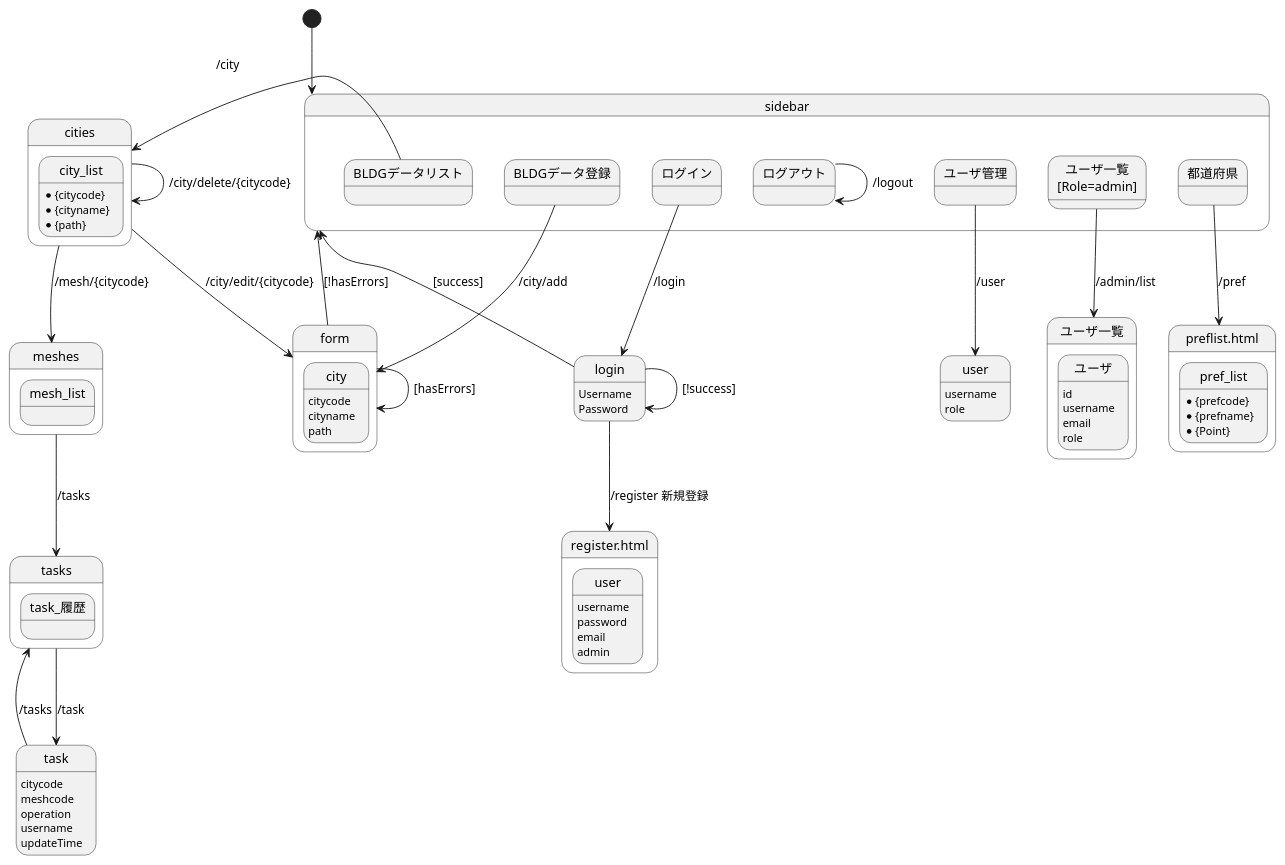
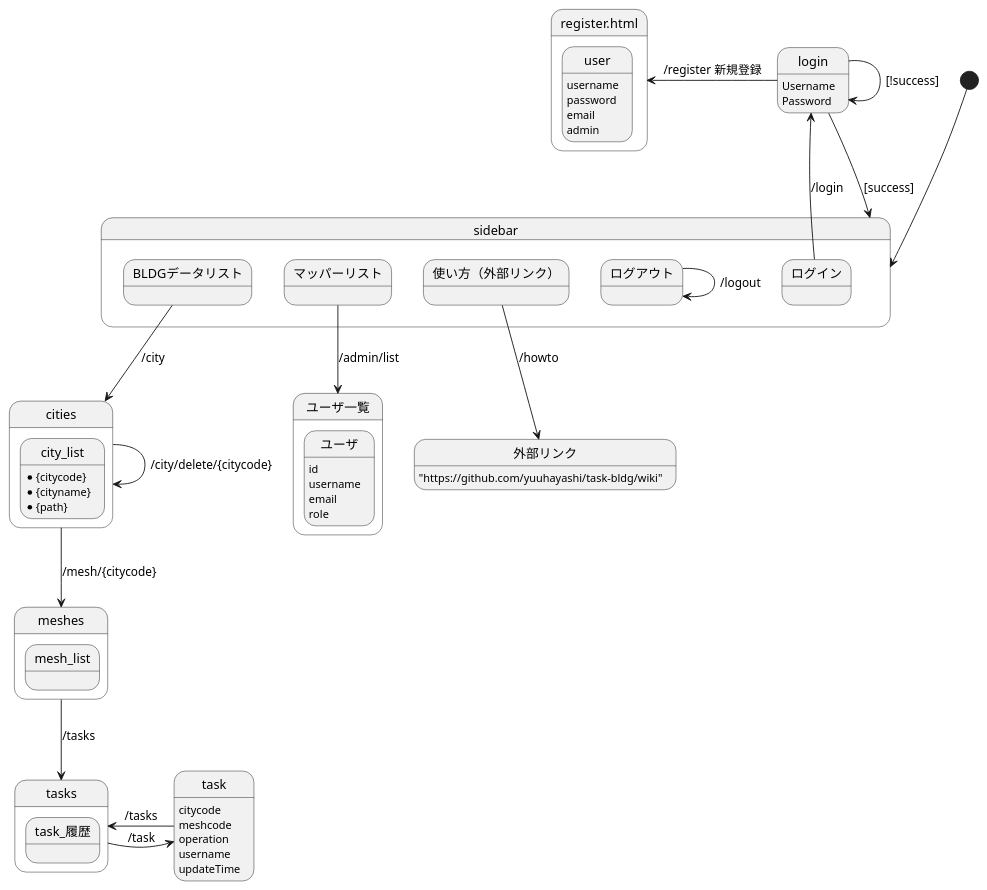
Before and after one commit to yuuhayashi/task-bldg: the diagram in controller.pu, drawn with PlantUML. The commit also changed 2 other files, not shown here.

Commit message:
fix #11 ログインしなくても「使い方」を表示する

```diff
--- a/controller.pu
+++ b/controller.pu
@@ -1,104 +1,81 @@
 @startuml
-
-[*] --> sidebar
-
-state sidebar {
-	state "ユーザ管理" as users
-	state "ユーザ一覧\n[Role=admin]" as list_
-	state "ログイン" as login_
-	state "ログアウト" as logout
-	state "BLDGデータリスト" as indeies
-	state "BLDGデータ登録" as add
-	state "都道府県" as pref
-	logout --> logout : /logout
-}
-indeies --> cities : /city
-
-state "login" as login {
-	login : Username
-	login : Password
-}
 
 state "register.html" as register {
 	state "user" as register_user {
 		register_user : username
 		register_user : password
 		register_user : email
 		register_user : admin
 	}
 }
 
-login_ --> login : /login
-login --> login : [!success]
-sidebar <-- login : [success]
-login --> register : /register 新規登録
+state "login" as login {
+	login : Username
+	login : Password
+}
 
-state user {
-	user : username
-	user : role
+state sidebar {
+	state "ログイン" as login_
+	state "ログアウト" as logout_
+	state "BLDGデータリスト" as indeies_
+	state "マッパーリスト" as list_
+	state "使い方（外部リンク）" as howto_
+	logout_ --> logout_ : /logout
 }
-users --> user : /user
 
 state "ユーザ一覧" as list {
 	state ユーザ {
 		ユーザ : id
 		ユーザ : username
 		ユーザ : email
 		ユーザ : role
 	}
 }
-list_ --> list : /admin/list
 
 state cities {
 	state city_list {
 		city_list : *{citycode}
 		city_list : *{cityname}
 		city_list : *{path}
 	}
 }
-cities --> cities : /city/delete/{citycode}
-cities --> form : /city/edit/{citycode}
-cities --> meshes : /mesh/{citycode}
 
 state meshes {
 	state mesh_list
 }
 
 state tasks {
 	state task_履歴
 }
 
 state task {
 	task : citycode
 	task : meshcode
 	task : operation
 	task : username
 	task : updateTime
 }
 
-meshes --> tasks : /tasks
-tasks --> task : /task
-tasks <-- task : /tasks
-
-state form {
-	state city {
-		city : citycode
-		city : cityname
-		city : path
-	}
+state "外部リンク" as howto {
+	howto : "https://github.com/yuuhayashi/task-bldg/wiki"
 }
 
-state "preflist.html" as preflist {
-	state pref_list {
-		pref_list : *{prefcode}
-		pref_list : *{prefname}
-		pref_list : *{Point}
-	}
-}
-pref --> preflist : /pref
+[*] --> sidebar
 
-add --> form : /city/add
-form --> sidebar : [!hasErrors]
-form --> form : [hasErrors]
+register <-- login : /register 新規登録
+
+login <-- login_ : /login
+login --> login : [!success]
+login --> sidebar : [success]
+
+indeies_ --> cities : /city
+howto_ --> howto	: /howto
+
+list_ --> list : /admin/list
+cities --> cities : /city/delete/{citycode}
+cities --> meshes : /mesh/{citycode}
+meshes --> tasks : /tasks
+tasks -> task : /task
+tasks <- task : /tasks
 
 @enduml
```
